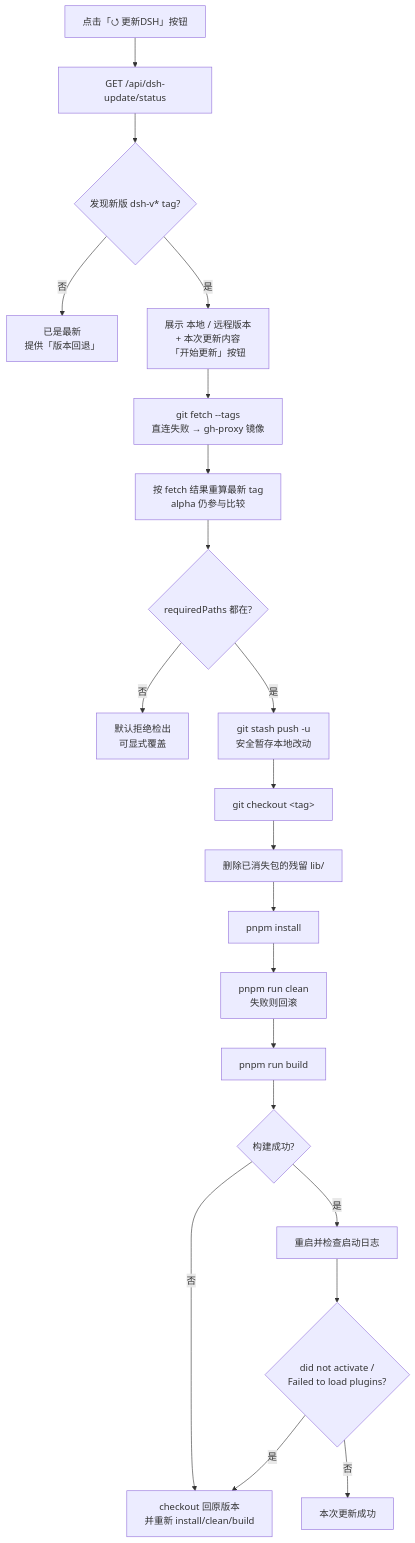
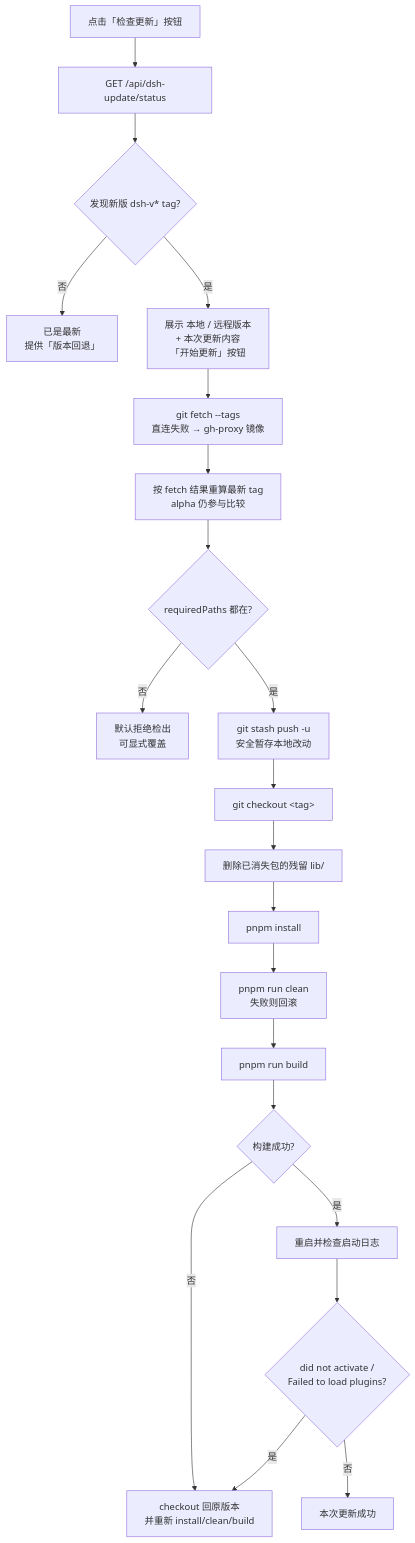
Before and after one commit to Zhucy123/dsh-update: the diagram in README.md, drawn with Mermaid. The commit also changed other lines of this file and 7 other files, not shown here.

````diff
--- a/README.md
+++ b/README.md
@@ -55,23 +55,23 @@
 ```mermaid
 flowchart TD
-    A[点击「⭯ 更新DSH」按钮] --> B[GET /api/dsh-update/status]
+    A[点击「检查更新」按钮] --> B[GET /api/dsh-update/status]
     B --> C{发现新版 dsh-v* tag?}
     C -- 否 --> D[已是最新<br/>提供「版本回退」]
     C -- 是 --> E[展示 本地 / 远程版本<br/>+ 本次更新内容<br/>「开始更新」按钮]
     E --> F[git fetch --tags<br/>直连失败 → gh-proxy 镜像]
     F --> R[按 fetch 结果重算最新 tag<br/>alpha 仍参与比较]
     R --> P{requiredPaths 都在?}
     P -- 否 --> Q[默认拒绝检出<br/>可显式覆盖]
     P -- 是 --> G[git stash push -u<br/>安全暂存本地改动]
     G --> H[git checkout &lt;tag&gt;]
     H --> OL[删除已消失包的残留 lib/]
     OL --> I[pnpm install]
     I --> J[pnpm run clean<br/>失败则回滚]
     J --> K[pnpm run build]
     K --> L{构建成功?}
     L -- 否 --> M[checkout 回原版本<br/>并重新 install/clean/build]
     L -- 是 --> N[重启并检查启动日志]
     N --> O{did not activate /<br/>Failed to load plugins?}
     O -- 是 --> M
     O -- 否 --> S[本次更新成功]
 ```
````
